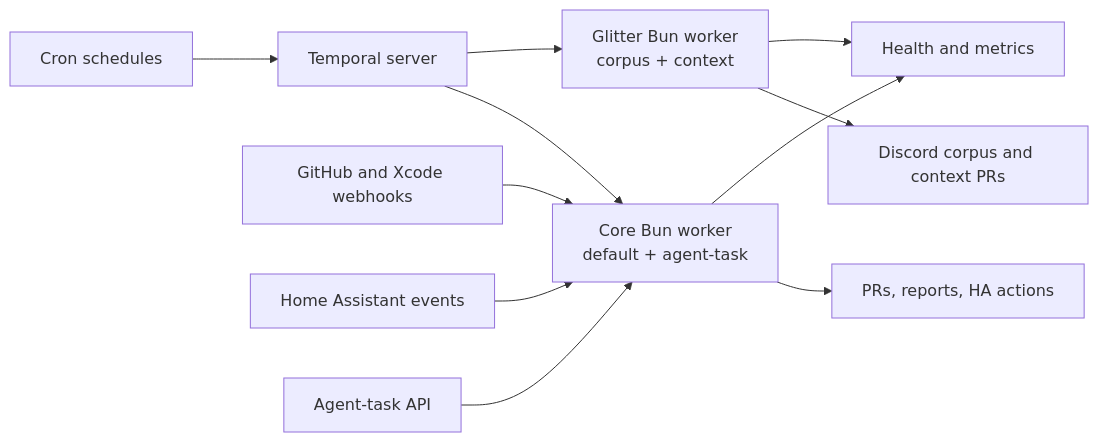
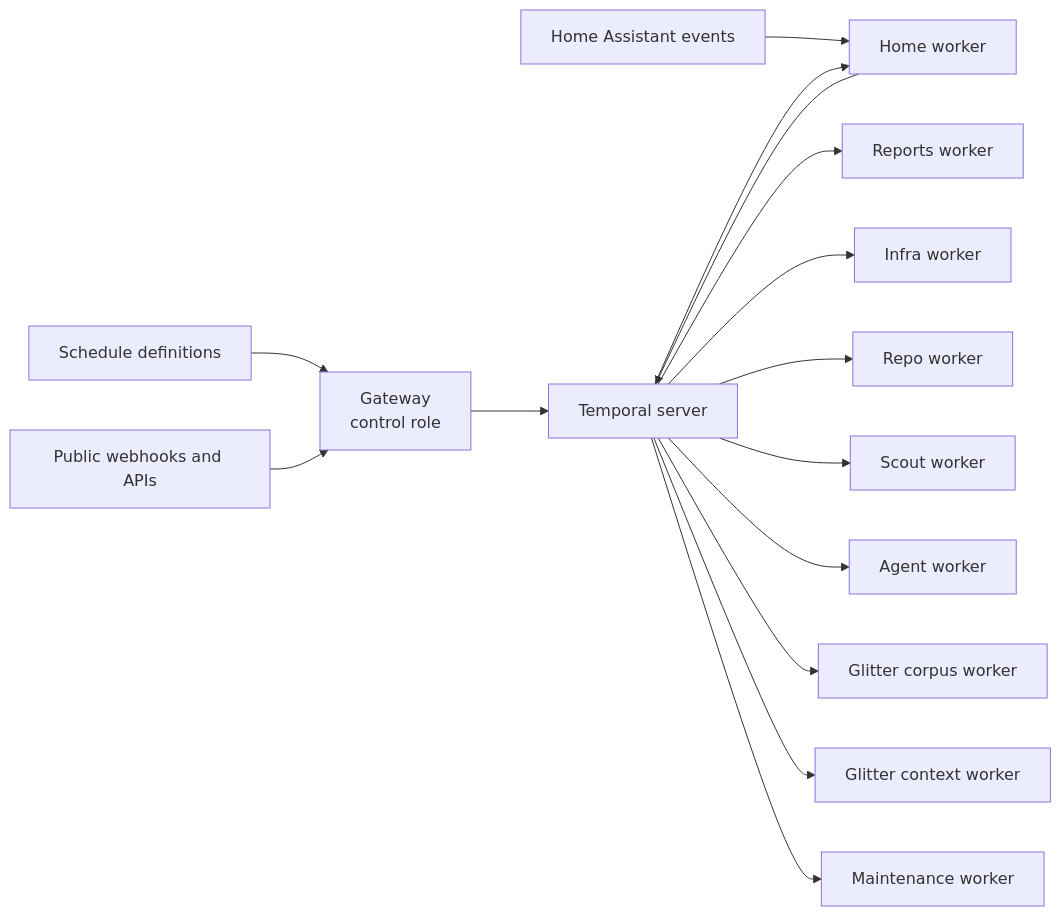
Before and after one commit to shepherdjerred/monorepo: the diagram in packages/docs/wiki/src/content/docs/explanation/temporal/overview.md, drawn with Mermaid. The commit also changed other lines of this file and 1 other file, not shown here.

Commit message:
docs(temporal): document split Glitter workers

````diff
--- a/packages/docs/wiki/src/content/docs/explanation/temporal/overview.md
+++ b/packages/docs/wiki/src/content/docs/explanation/temporal/overview.md
@@ -12,16 +12,20 @@
 ```mermaid
 flowchart LR
   accTitle: Temporal worker system map
-  accDescr: The Temporal server dispatches general and agent work to the core Bun worker and Glitter corpus and context work to a separate Bun worker. Webhooks, APIs, and Home Assistant events enter through the core worker. Both workers expose independent health and metrics endpoints.
+  accDescr: A tokenless gateway reconciles schedules and receives public requests. Temporal dispatches each workflow and activity to one of nine domain queues. Home Assistant events enter through the home worker. Every domain has independent health and metrics endpoints.
 
-  S[Cron schedules] --> T[Temporal server]
-  T --> C[Core Bun worker<br/>default + agent-task]
-  T --> G[Glitter Bun worker<br/>corpus + context]
-  W[GitHub and Xcode webhooks] --> C
-  H[Home Assistant events] --> C
-  A[Agent-task API] --> C
-  C --> O[PRs, reports, HA actions]
-  G --> D[Discord corpus and context PRs]
-  C --> M[Health and metrics]
-  G --> M
+  S[Schedule definitions] --> G[Gateway<br/>control role]
+  W[Public webhooks and APIs] --> G
+  G --> T[Temporal server]
+  E[Home Assistant events] --> H[Home worker]
+  H --> T
+  T --> H
+  T --> R[Reports worker]
+  T --> I[Infra worker]
+  T --> P[Repo worker]
+  T --> C[Scout worker]
+  T --> A[Agent worker]
+  T --> D[Glitter corpus worker]
+  T --> X[Glitter context worker]
+  T --> M[Maintenance worker]
 ```
````
